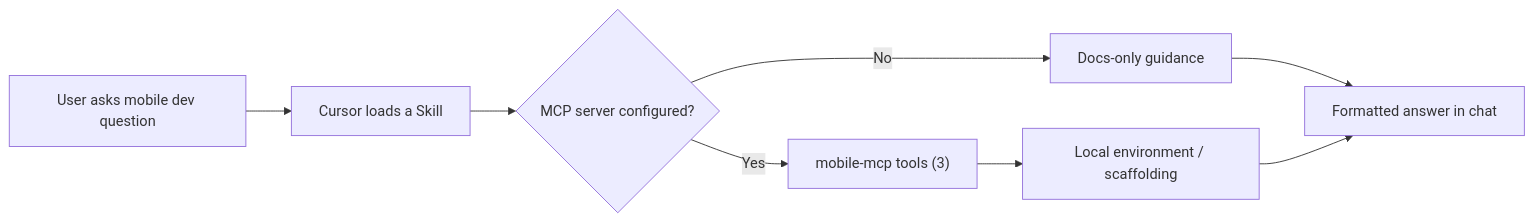
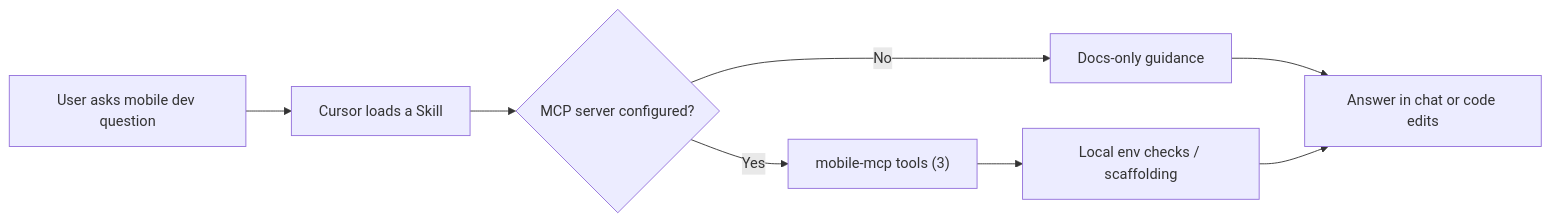
One commit to TMHSDigital/Mobile-App-Developer-Tools changed the diagram in README.md. Above: the diagram before and after it, drawn with Mermaid. The commit also changed other lines of this file, not shown here.

````diff
--- a/README.md
+++ b/README.md
@@ -29,10 +63,10 @@
 ```mermaid
 flowchart LR
     A[User asks mobile dev question] --> B[Cursor loads a Skill]
     B --> C{MCP server configured?}
-    C -- Yes --> D["mobile-mcp tools (3)"]
-    C -- No --> E[Docs-only guidance]
-    D --> F[Local environment / scaffolding]
-    E --> G[Formatted answer in chat]
+    C -->|Yes| D["mobile-mcp tools (3)"]
+    C -->|No| E[Docs-only guidance]
+    D --> F[Local env checks / scaffolding]
+    E --> G[Answer in chat or code edits]
     F --> G
 ```
````
